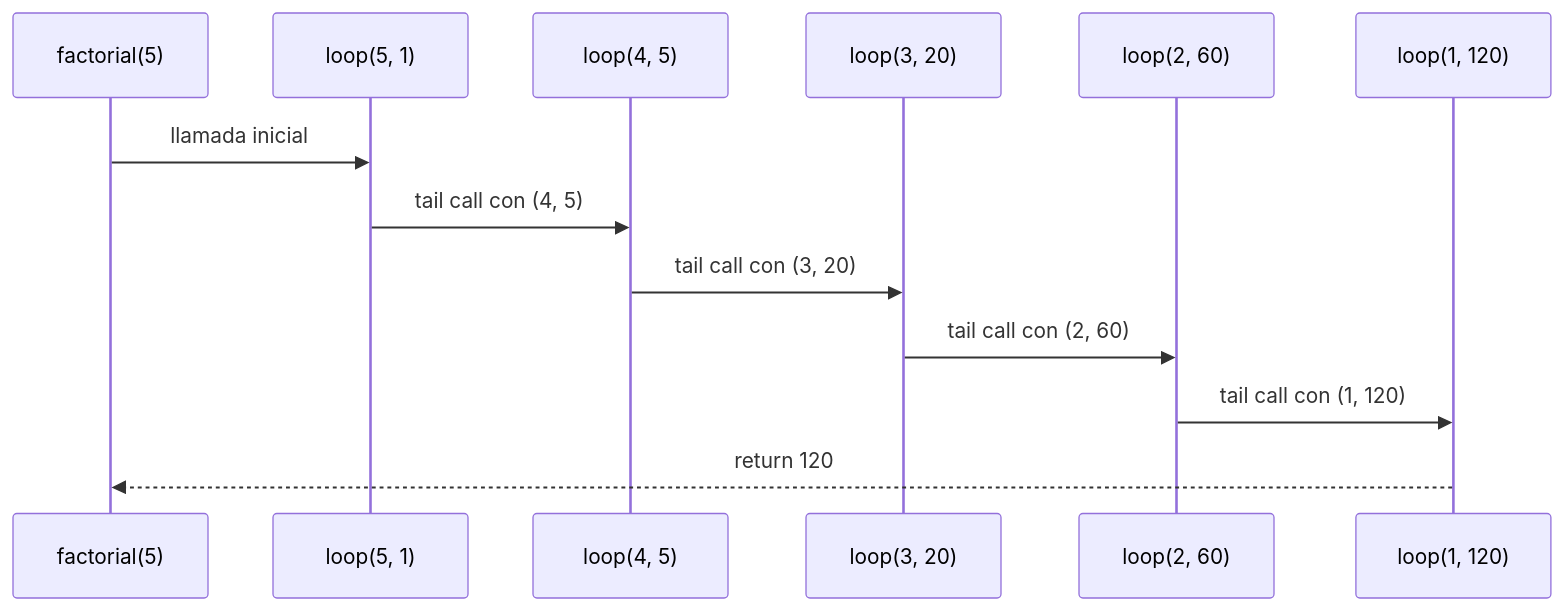
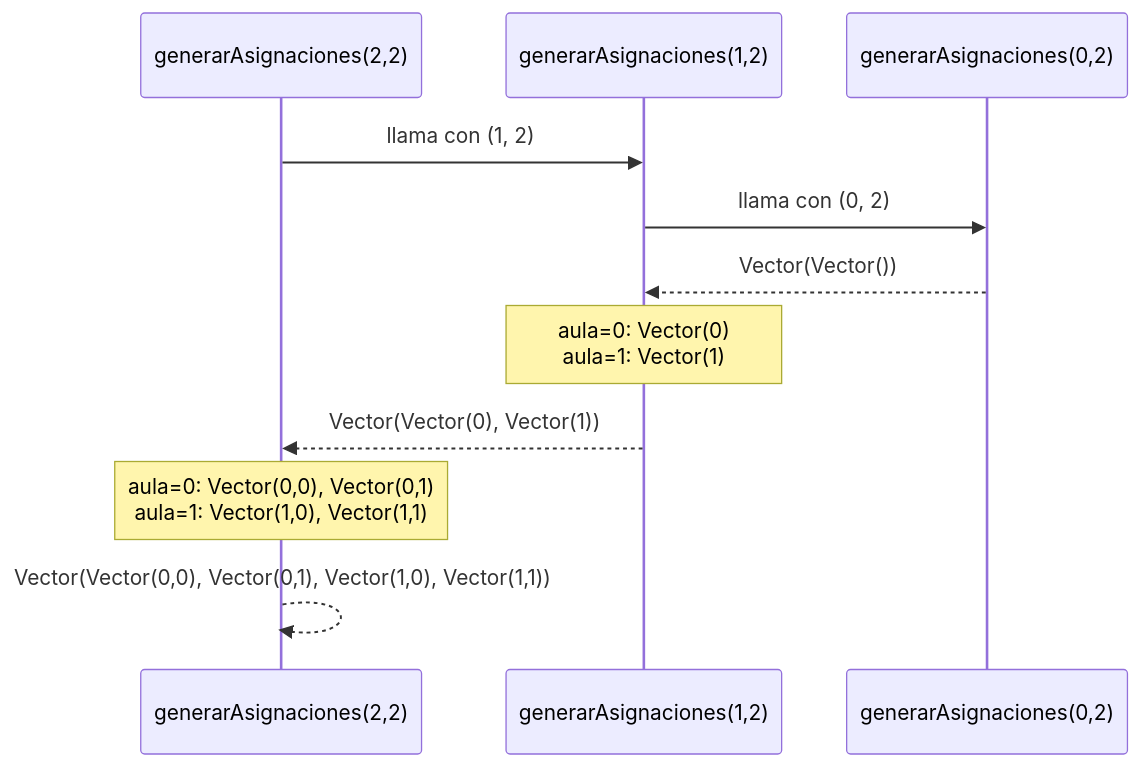
Before and after one commit to Asignaciones/proyecto-final-pfc-2026-i-the-final-concurrentes: the first of 4 diagrams in docs/Proceso.md, drawn with Mermaid. The commit also changed other lines of this file, not shown here.

````diff
--- a/docs/Proceso.md
+++ b/docs/Proceso.md
@@ -112,16 +33,14 @@
 ```mermaid
 sequenceDiagram
-    participant Main as factorial(5)
-    participant L1 as loop(5, 1)
-    participant L2 as loop(4, 5)
-    participant L3 as loop(3, 20)
-    participant L4 as loop(2, 60)
-    participant L5 as loop(1, 120)
-
-    Main->>L1: llamada inicial
-    L1->>L2: tail call con (4, 5)
-    L2->>L3: tail call con (3, 20)
-    L3->>L4: tail call con (2, 60)
-    L4->>L5: tail call con (1, 120)
-    L5-->>Main: return 120
+    participant C as generarAsignaciones(2,2)
+    participant B as generarAsignaciones(1,2)
+    participant A as generarAsignaciones(0,2)
+ 
+    C->>B: llama con (1, 2)
+    B->>A: llama con (0, 2)
+    A-->>B: Vector(Vector())
+    Note over B: aula=0: Vector(0)<br/>aula=1: Vector(1)
+    B-->>C: Vector(Vector(0), Vector(1))
+    Note over C: aula=0: Vector(0,0), Vector(0,1)<br/>aula=1: Vector(1,0), Vector(1,1)
+    C-->>C: Vector(Vector(0,0), Vector(0,1), Vector(1,0), Vector(1,1))
 ```
````
